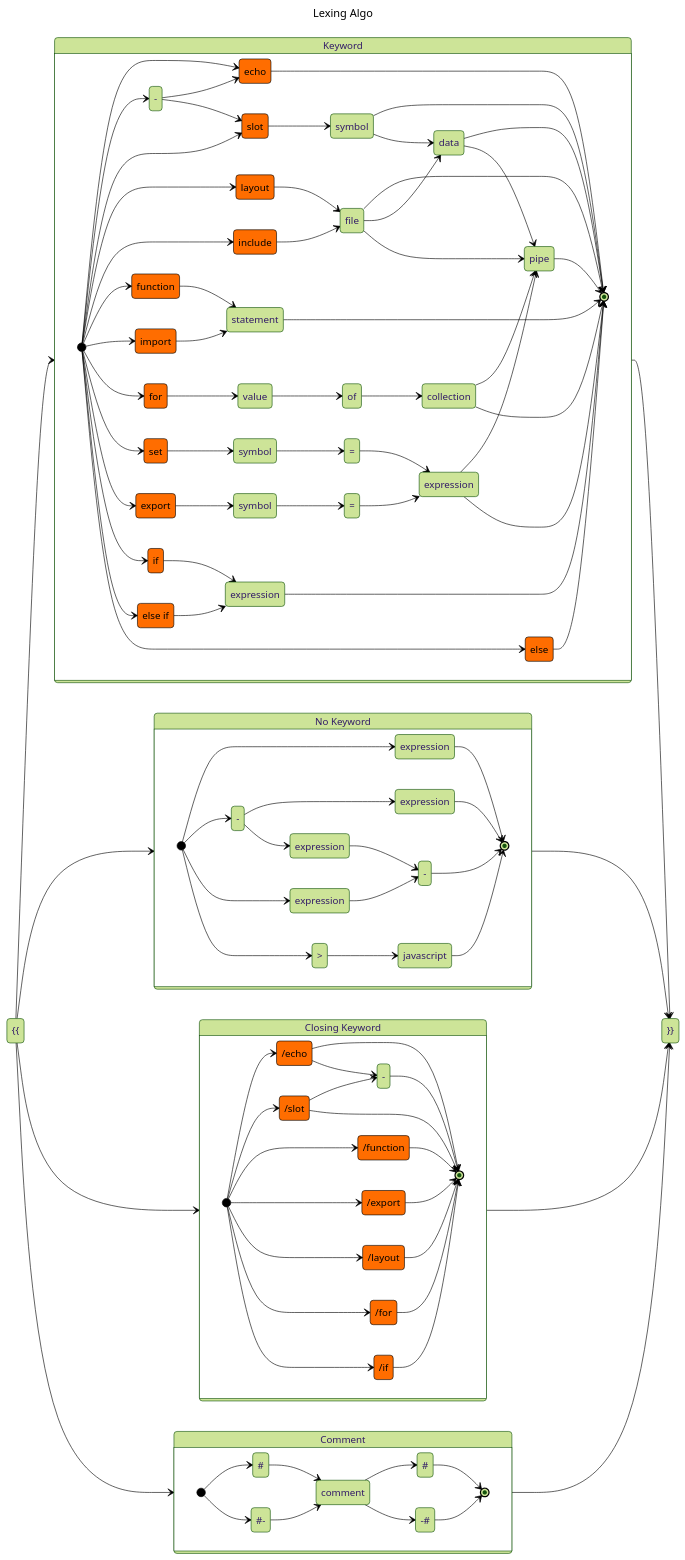
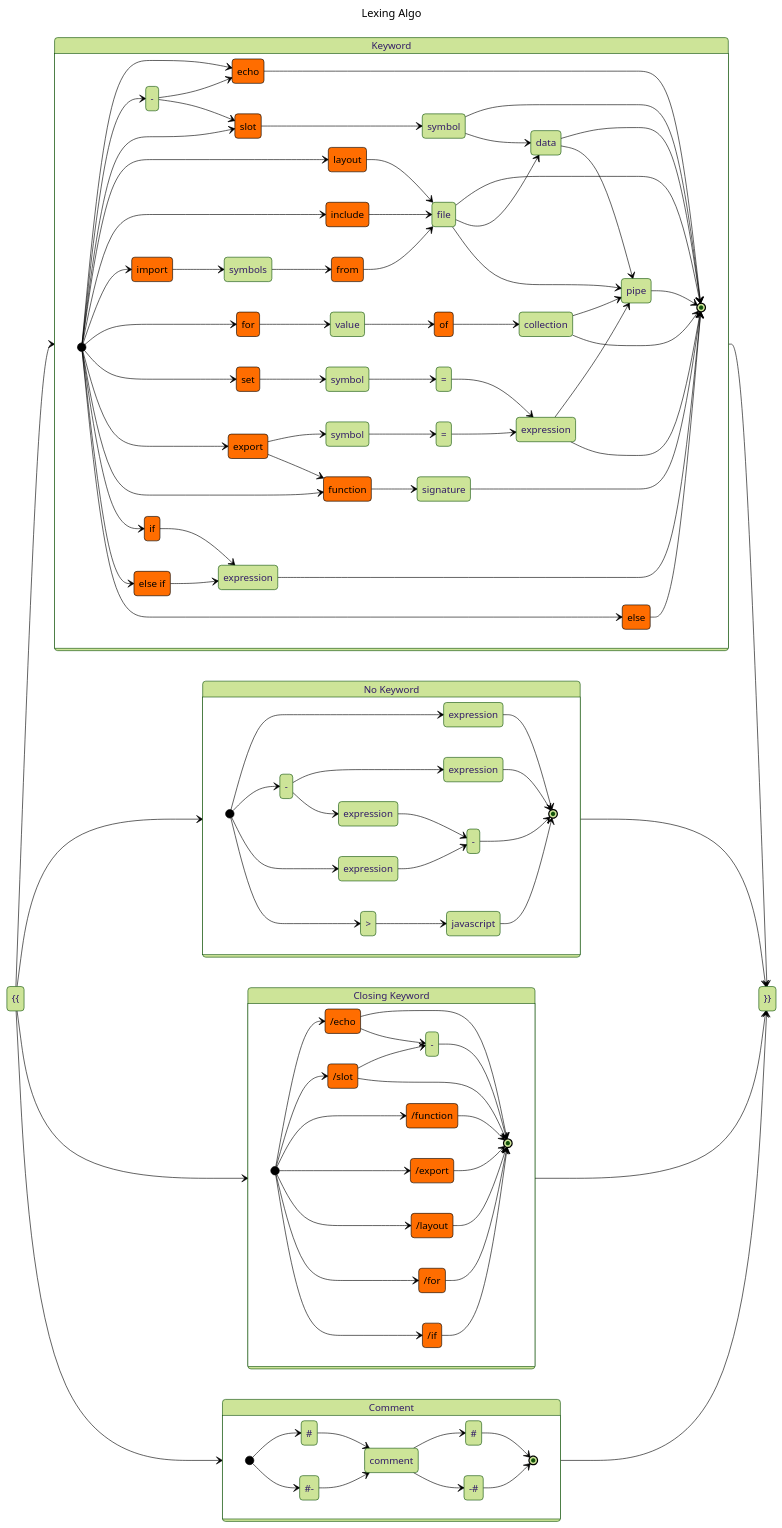
One commit to ventojs/webstorm-vento changed the first of 12 diagrams in statemachine-v2.md. Above: the diagram before and after it, drawn with Mermaid.

Commit message:
chore(docs): update state transitions and styles in `statemachine-v2.md` diagram
- Renamed `statement` state to `signature` for clarity.
- Adjusted transitions for `import`, `from`, and `symbols` states.
- Added custom styles for `from` and `of` states to enhance visualization.

```diff
--- a/statemachine-v2.md
+++ b/statemachine-v2.md
@@ -32,7 +32,7 @@
         state "if" as if
         state "else" as else
         state "else if" as elseif
-        state "statement" as statement0
+        state "signature" as statement0
 
 
 
@@ -69,10 +69,10 @@
         file --> pipe
 
 
-        [*] --> function
-        function --> statement0
         [*] --> import
-        import --> statement0
+        import --> symbols
+        symbols --> from
+        from --> file
 
         [*] --> for
         for --> value
@@ -96,8 +96,12 @@
 
         [*] --> export
         export --> symbol
+        export --> function
         symbol --> eq2
         eq2 --> kexp0
+
+        [*] --> function
+        function --> statement0
 
         exp0 --> [*]
 
@@ -208,12 +212,14 @@
     style echo stroke:#000000,fill:#FF6D00,color:#000000
     style function stroke:#000000,fill:#FF6D00,color:#000000
     style import stroke:#000000,fill:#FF6D00,color:#000000
+    style from stroke:#000000,fill:#FF6D00,color:#000000
     style export stroke:#000000,fill:#FF6D00,color:#000000
     style layout stroke:#000000,fill:#FF6D00,color:#000000
     style include stroke:#000000,fill:#FF6D00,color:#000000
     style set stroke:#000000,fill:#FF6D00,color:#000000
     style slot stroke:#000000,fill:#FF6D00,color:#000000
     style for stroke:#000000,fill:#FF6D00,color:#000000
+    style of stroke:#000000,fill:#FF6D00,color:#000000
     style if stroke:#000000,fill:#FF6D00,color:#000000
     style else stroke:#000000,fill:#FF6D00,color:#000000
     style elseif stroke:#000000,fill:#FF6D00,color:#000000
```
